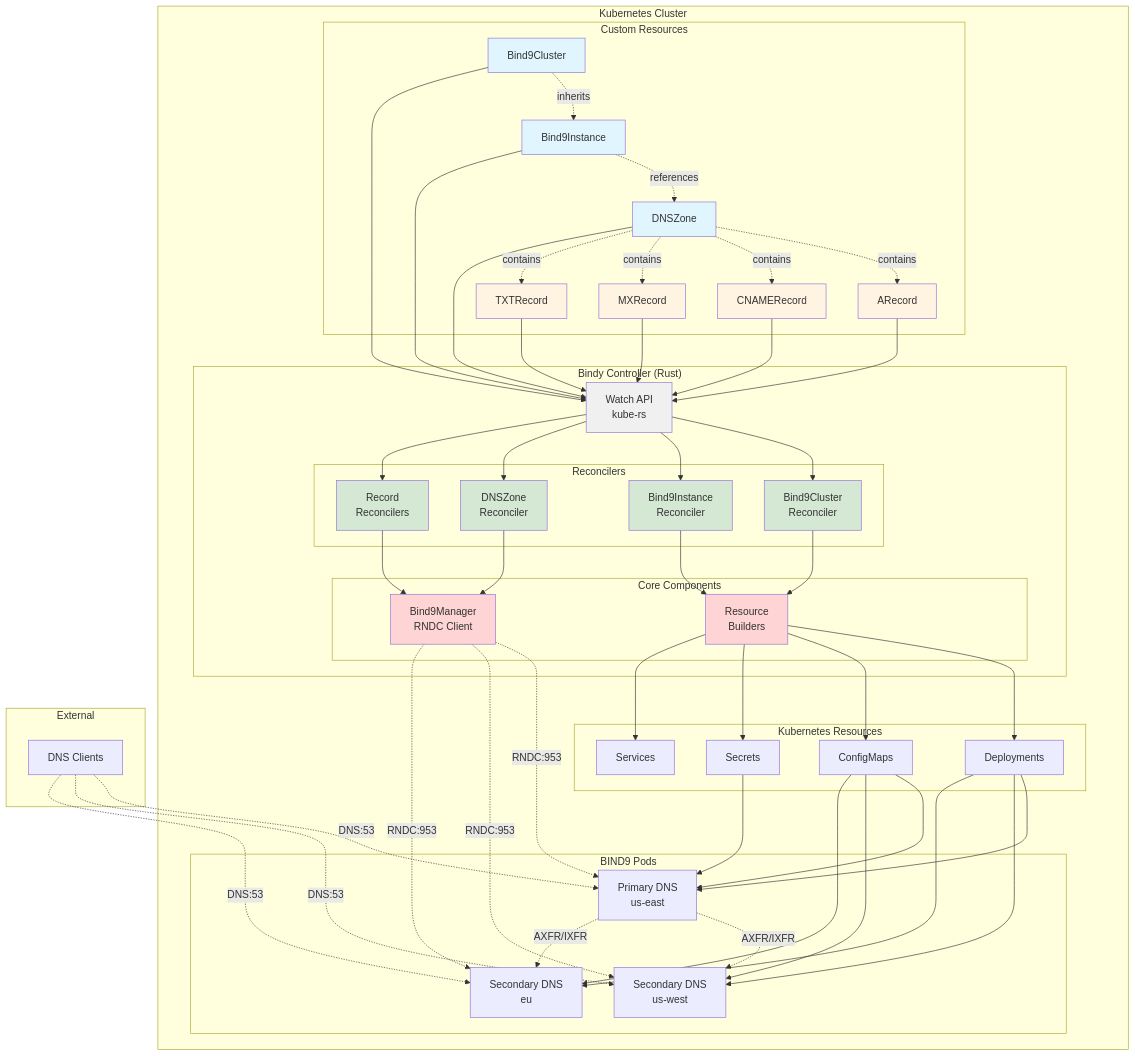
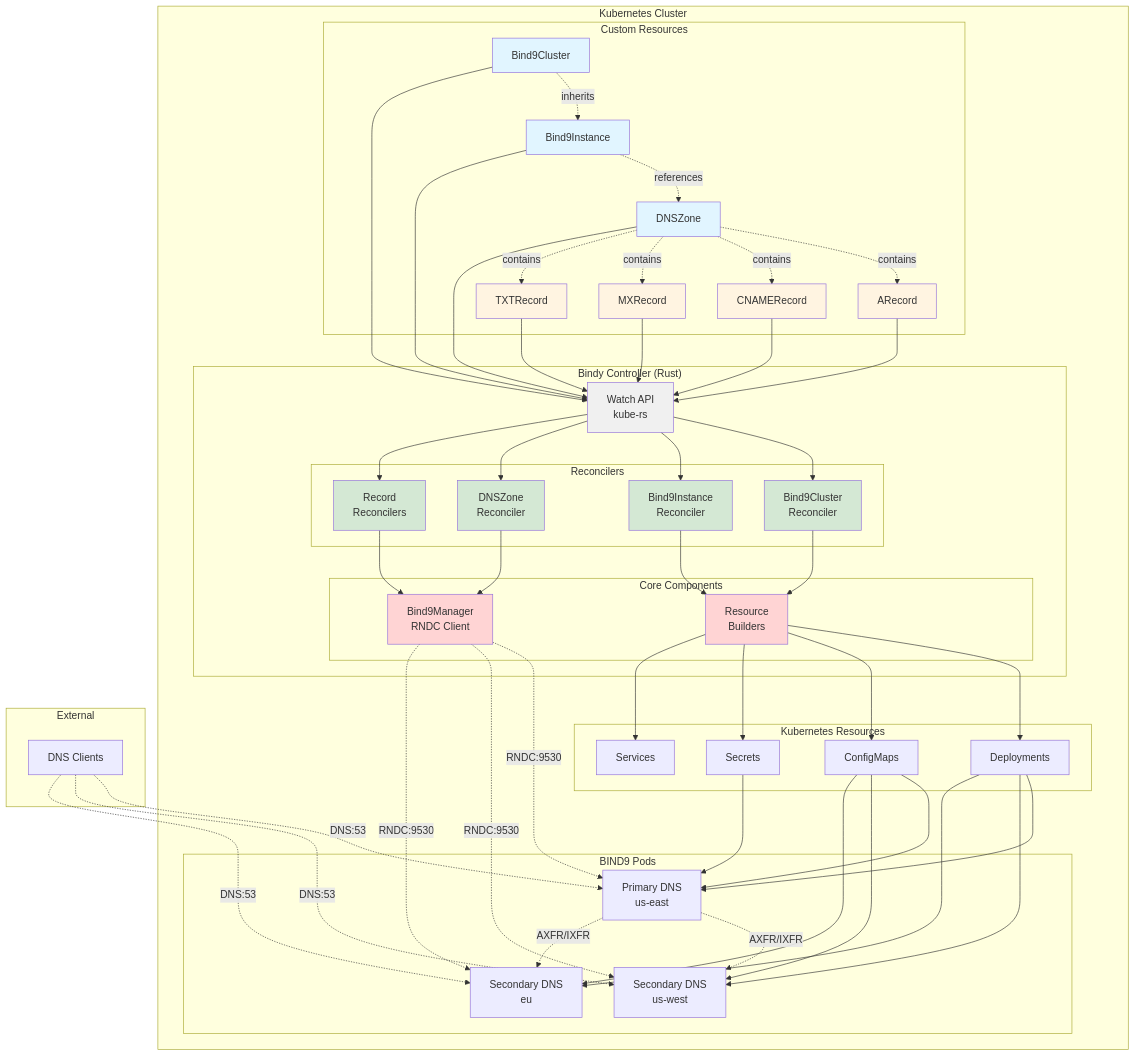
Before and after one commit to firestoned/bindy: the first of 8 diagrams in docs/src/concepts/architecture-diagrams.md, drawn with Mermaid. The commit also changed other lines of this file and 29 other files, not shown here.

```diff
--- a/docs/src/concepts/architecture-diagrams.md
+++ b/docs/src/concepts/architecture-diagrams.md
@@ -87,9 +87,9 @@
     RES --> SVC
 
     %% RNDC communication
-    BM -.RNDC:953.-> P1
-    BM -.RNDC:953.-> P2
-    BM -.RNDC:953.-> P3
+    BM -.RNDC:9530.-> P1
+    BM -.RNDC:9530.-> P2
+    BM -.RNDC:9530.-> P3
 
     %% DNS deployment
     DEP --> P1
```
